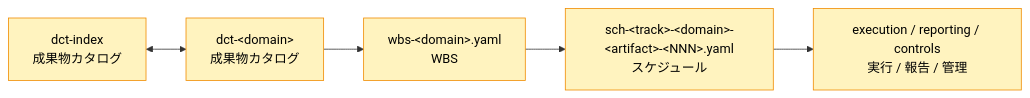
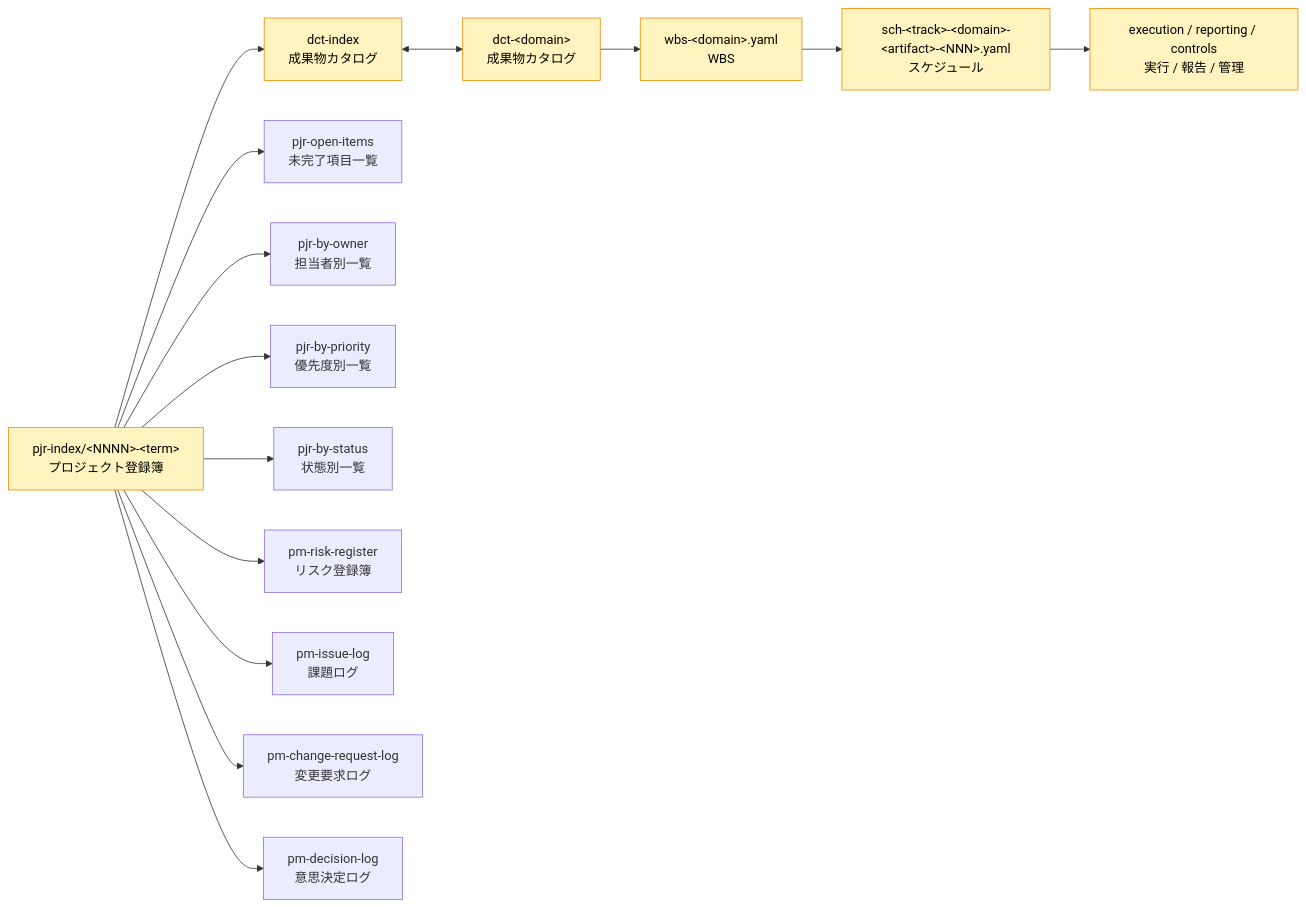
Before and after one commit to specdojo/specdojo-handbook: the fourth of 4 diagrams in docs/ja/specdojo/guidelines/docs-structure-guide.md, drawn with Mermaid. The commit also changed other lines of this file and 5 other files, not shown here.

````diff
--- a/docs/ja/specdojo/guidelines/docs-structure-guide.md
+++ b/docs/ja/specdojo/guidelines/docs-structure-guide.md
@@ -418,14 +418,31 @@
 ```mermaid
 flowchart LR
 
+  PJR["pjr-index/&lt;NNNN&gt;-&lt;term&gt;<br/>プロジェクト登録簿"]
   DCI["dct-index<br/>成果物カタログ"]
   DC["dct-&lt;domain&gt;<br/>成果物カタログ"]
   WBS["wbs-&lt;domain&gt;.yaml<br/>WBS"]
   SCH["sch-&lt;track&gt;-&lt;domain&gt;-&lt;artifact&gt;-&lt;NNN&gt;.yaml<br/>スケジュール"]
   EXE["execution / reporting / controls<br/>実行 / 報告 / 管理"]
+  POI["pjr-open-items<br/>未完了項目一覧"]
+  PBO["pjr-by-owner<br/>担当者別一覧"]
+  PBP["pjr-by-priority<br/>優先度別一覧"]
+  PBS["pjr-by-status<br/>状態別一覧"]
+  PRR["pm-risk-register<br/>リスク登録簿"]
+  PIL["pm-issue-log<br/>課題ログ"]
+  PCR["pm-change-request-log<br/>変更要求ログ"]
+  PDR["pm-decision-log<br/>意思決定ログ"]
 
-  DCI <--> DC --> WBS --> SCH --> EXE
+  PJR --> DCI <--> DC --> WBS --> SCH --> EXE
+  PJR --> POI
+  PJR --> PBO
+  PJR --> PBP
+  PJR --> PBS
+  PJR --> PRR
+  PJR --> PIL
+  PJR --> PCR
+  PJR --> PDR
 
   classDef projectWise fill:#fff3bf,stroke:#f08c00,color:#000;
-  class DCI,DC,WBS,SCH,EXE projectWise;
+  class PJR,DCI,DC,WBS,SCH,EXE projectWise;
 ```
````
